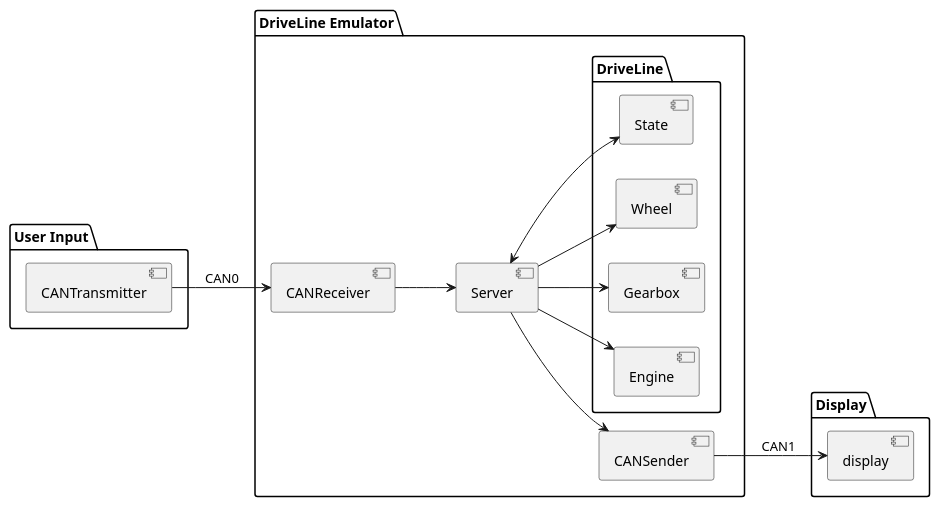
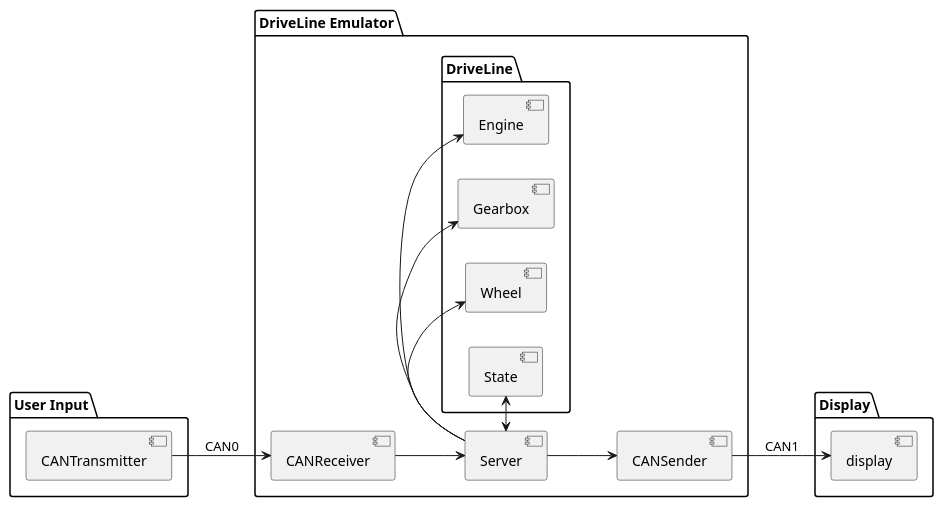
The diagram in doc/SWDesign.plantuml (muncausen/BootCampMidTermLab), drawn with PlantUML before and after one commit. The commit also changed 1 other file, not shown here.

Commit message:
added README.md modified plantuml

```diff
--- a/doc/SWDesign.plantuml
+++ b/doc/SWDesign.plantuml
@@ -1,37 +1,29 @@
 @startuml Swdesign
 left to right direction
-'skinparam sequenceMessageAlign center
 
 package "User Input" {
   [CANTransmitter]
 }
 
 package "DriveLine Emulator" {
 [CANReceiver]
 [Server]
 package DriveLine{
 
-[Server] -->  [Engine]
-[Server] --> [Gearbox]
-[Server] --> [Wheel] 
-[Server] <--> [State]
+[Server] ->  [Engine]
+[Server] -> [Gearbox]
+[Server] -> [Wheel] 
+[Server] <-> [State]
 }
 [CANSender]
 }
-' folder "DriveLine"{
-' [Server] -->  [Engine]
-' [Server] --> [Gearbox]
-' [Server] --> [Wheel] 
-' [Server] ==> [Vehicle State]
-' }
+
 package "Display" {
   [display]
 }
 [CANTransmitter] --> [CANReceiver] : CAN0
 [CANReceiver] --> [Server]
 [Server] -->[CANSender]
 [CANSender] --> [display] : CAN1
-' [Vehicle State] <--  [Engine]
-' [Vehicle State] -- [Gearbox]
-' [Vehicle State] -- [Wheel] 
+
 @enduml
```
